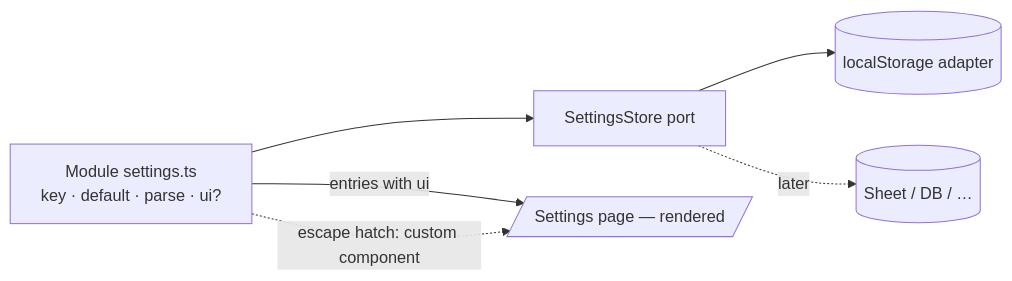
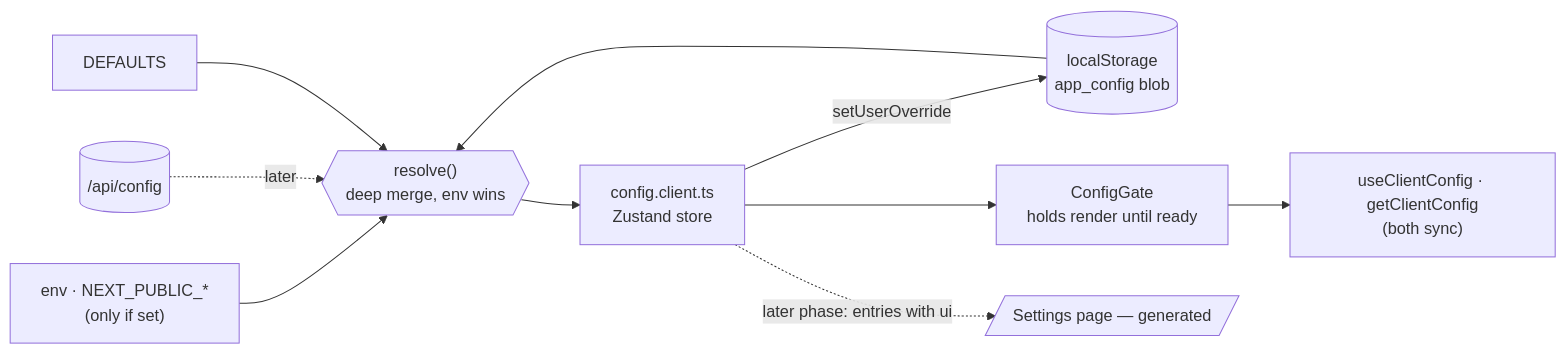
Before and after one commit to MaheeGamage/finnish-learner: the diagram in .project/tasks/task-018_unified-settings-management.md, drawn with Mermaid. The commit also changed other lines of this file and 16 other files, not shown here.

Commit message:
Added provider based config store facade

````diff
--- a/.project/tasks/task-018_unified-settings-management.md
+++ b/.project/tasks/task-018_unified-settings-management.md
@@ -27,8 +27,12 @@
 ```mermaid
 flowchart LR
-  M["Module settings.ts<br/>key · default · parse · ui?"] --> P[SettingsStore port]
-  P --> LS[(localStorage adapter)]
-  P -. later .-> ALT[(Sheet / DB / …)]
-  M -- "entries with ui" --> UI[/Settings page — rendered/]
-  M -. "escape hatch: custom component" .-> UI
+  ENV["env · NEXT_PUBLIC_*<br/>(only if set)"] --> R{{"resolve()<br/>deep merge, env wins"}}
+  LS[("localStorage<br/>app_config blob")] --> R
+  API[("/api/config")] -. later .-> R
+  DEF[DEFAULTS] --> R
+  R --> S["config.client.ts<br/>Zustand store"]
+  S --> G["ConfigGate<br/>holds render until ready"]
+  G --> A["useClientConfig · getClientConfig<br/>(both sync)"]
+  S -- setUserOverride --> LS
+  S -. "later phase: entries with ui" .-> UI[/Settings page — generated/]
 ```
````
